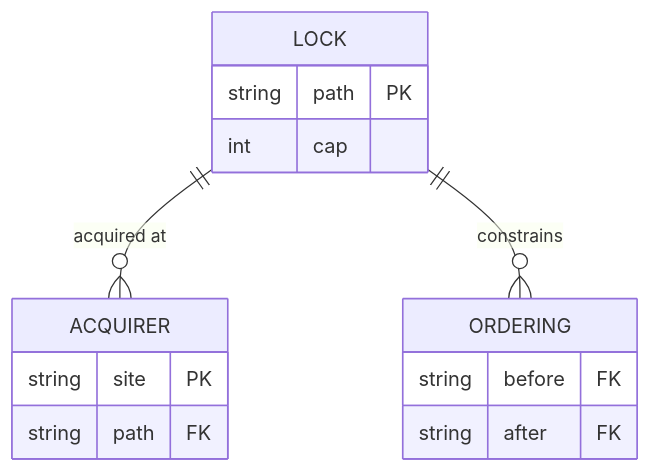
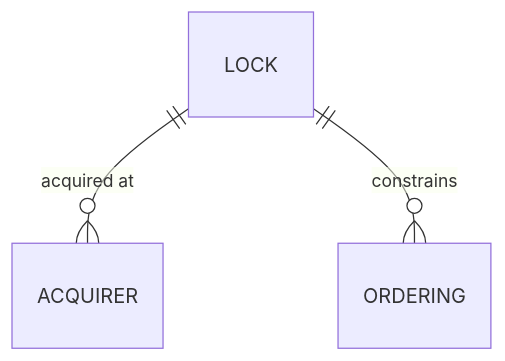
Before and after one commit to davisjam/agent-governance-mechanisms: the diagram in book/appendix-fills/models-bridge/synchronization-model.md, drawn with Mermaid. The commit also changed 21 other files, not shown here.

````diff
--- a/book/appendix-fills/models-bridge/synchronization-model.md
+++ b/book/appendix-fills/models-bridge/synchronization-model.md
@@ -35,17 +35,5 @@
 ```mermaid
 erDiagram
   LOCK ||--o{ ACQUIRER : "acquired at"
   LOCK ||--o{ ORDERING : "constrains"
-  LOCK {
-    string path PK
-    int cap
-  }
-  ACQUIRER {
-    string site PK
-    string path FK
-  }
-  ORDERING {
-    string before FK
-    string after FK
-  }
 ```
````
